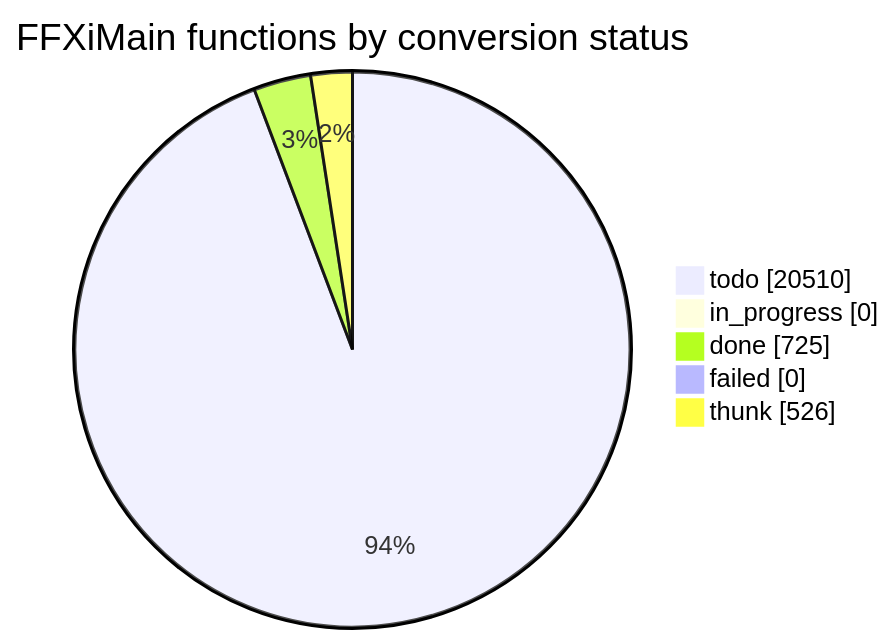
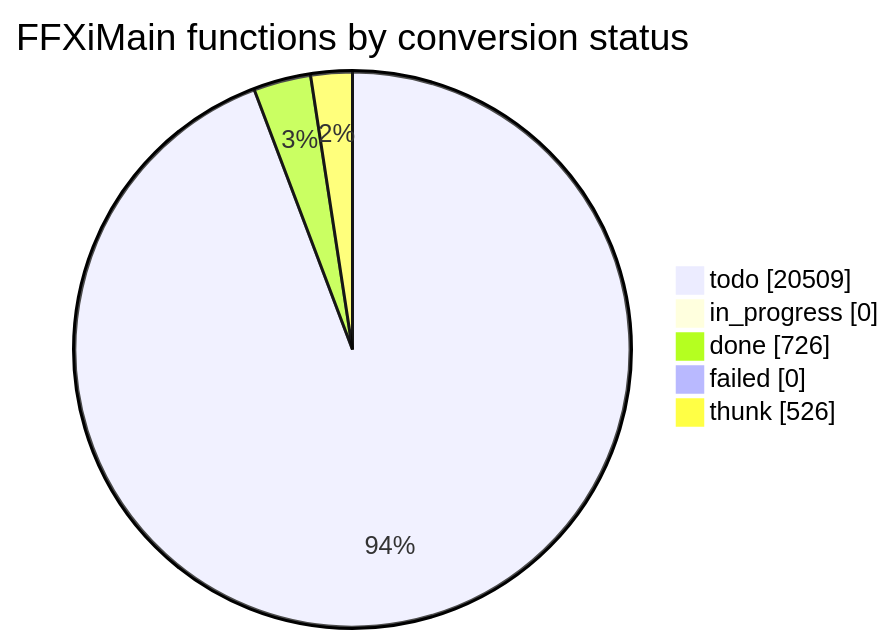
One commit to cowrevenge/cow_kuluu_xi_anything changed the diagram in docs/cow/STATUS.md. Above: the diagram before and after it, drawn with Mermaid. The commit also changed other lines of this file and 9 other files, not shown here.

````diff
--- a/docs/cow/STATUS.md
+++ b/docs/cow/STATUS.md
@@ -18,9 +18,9 @@
 ```mermaid
 pie showData
     title FFXiMain functions by conversion status
-    "todo" : 20510
+    "todo" : 20509
     "in_progress" : 0
-    "done" : 725
+    "done" : 726
     "failed" : 0
     "thunk" : 526
 ```
````
